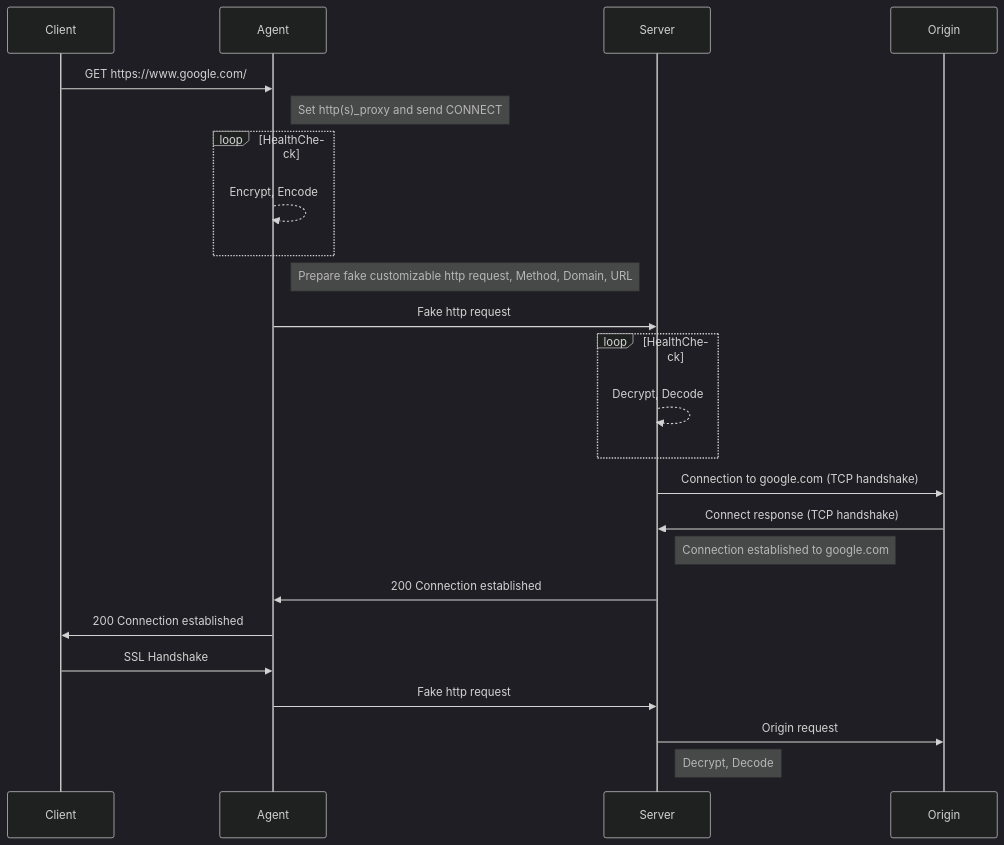
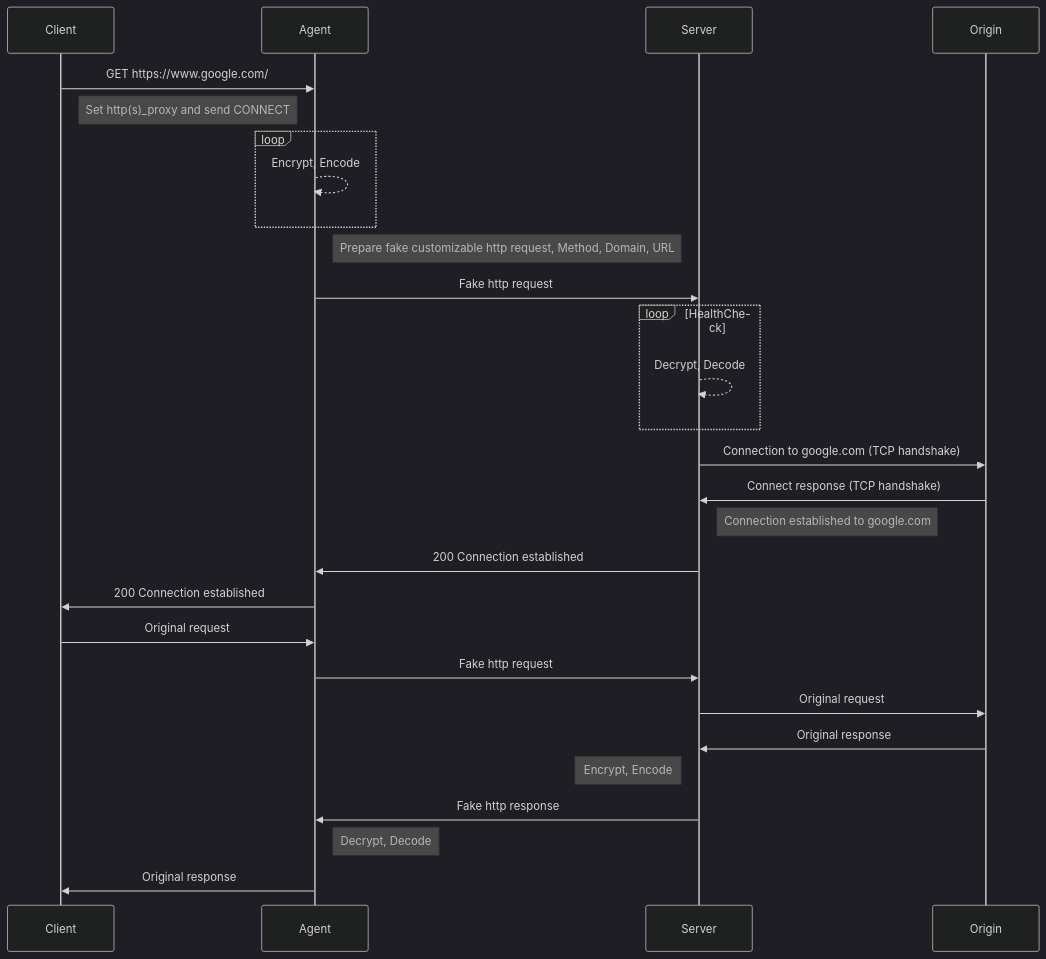
One commit to MortezaBashsiz/nipovpn changed the diagram in README.md. Above: the diagram before and after it, drawn with Mermaid (dark theme).

Commit message:
Test Readme

````diff
--- a/README.md
+++ b/README.md
@@ -6,28 +6,29 @@
 ```mermaid
 sequenceDiagram
 Client ->> Agent: GET https://www.google.com/ 
-Note right of Agent: Set http(s)_proxy and send CONNECT
-loop HealthCheck
+Note right of Client: Set http(s)_proxy and send CONNECT
+loop
     Agent-->>Agent: Encrypt, Encode
 end
 Note right of Agent: Prepare fake customizable http request, Method, Domain, URL
 
 Agent ->> Server: Fake http request
 loop HealthCheck
     Server-->>Server: Decrypt, Decode
 end
 Server ->> Origin: Connection to google.com (TCP handshake)
 Origin ->> Server: Connect response (TCP handshake)
 Note right of Server: Connection established to google.com
 Server ->> Agent: 200 Connection established
 Agent ->> Client: 200 Connection established
-Client ->> Agent: SSL Handshake
+Client ->> Agent: Original request
 Agent ->> Server: Fake http request
-Server ->> Origin: Origin request
-Note right of Server: Decrypt, Decode
-
-
-
+Server ->> Origin: Original request
+Origin ->> Server: Original response
+Note left of Server: Encrypt, Encode
+Server ->> Agent: Fake http response
+Note right of Agent: Decrypt, Decode
+Agent ->> Client: Original response
 
 
 ```
````
